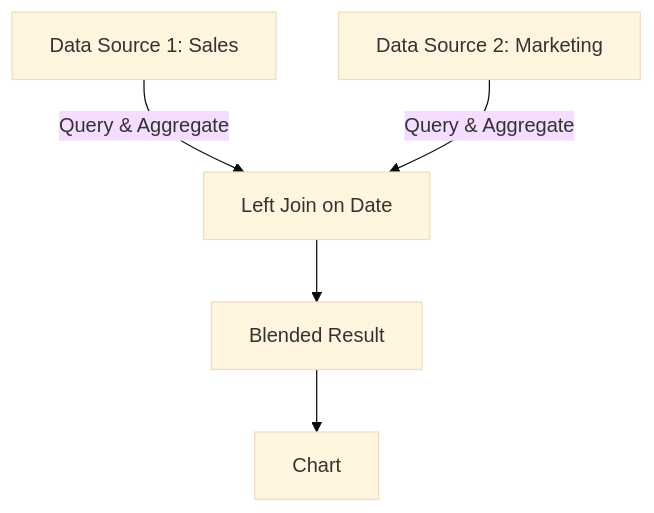
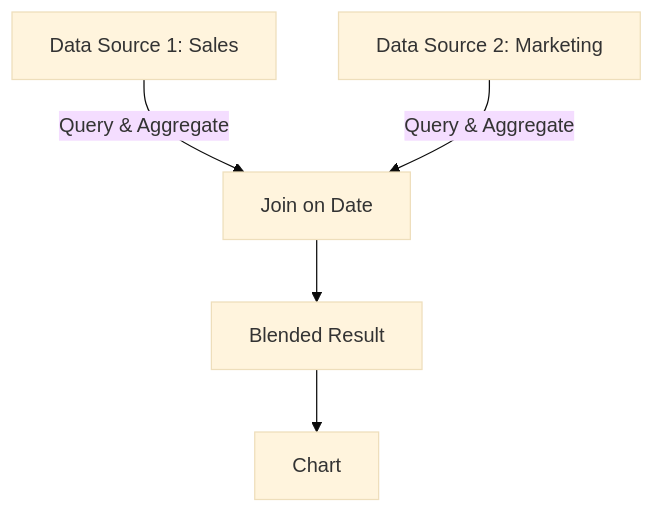
Before and after one commit to OneUptime/blog: the first of 2 diagrams in posts/2026-02-17-data-blending-looker-studio-multiple-bigquery-tables/README.md, drawn with Mermaid (base theme). The commit also changed other lines of this file and 2 other files, not shown here.

Commit message:
validate: 2026-02-17-data-blending-looker-studio-multiple-bigquery-tables

````diff
--- a/posts/2026-02-17-data-blending-looker-studio-multiple-bigquery-tables/README.md
+++ b/posts/2026-02-17-data-blending-looker-studio-multiple-bigquery-tables/README.md
@@ -42,7 +42,7 @@
 ```mermaid
 graph TD
-    A[Data Source 1: Sales] -->|Query & Aggregate| C[Left Join on Date]
+    A[Data Source 1: Sales] -->|Query & Aggregate| C[Join on Date]
     B[Data Source 2: Marketing] -->|Query & Aggregate| C
     C --> D[Blended Result]
     D --> E[Chart]
 ```
````
